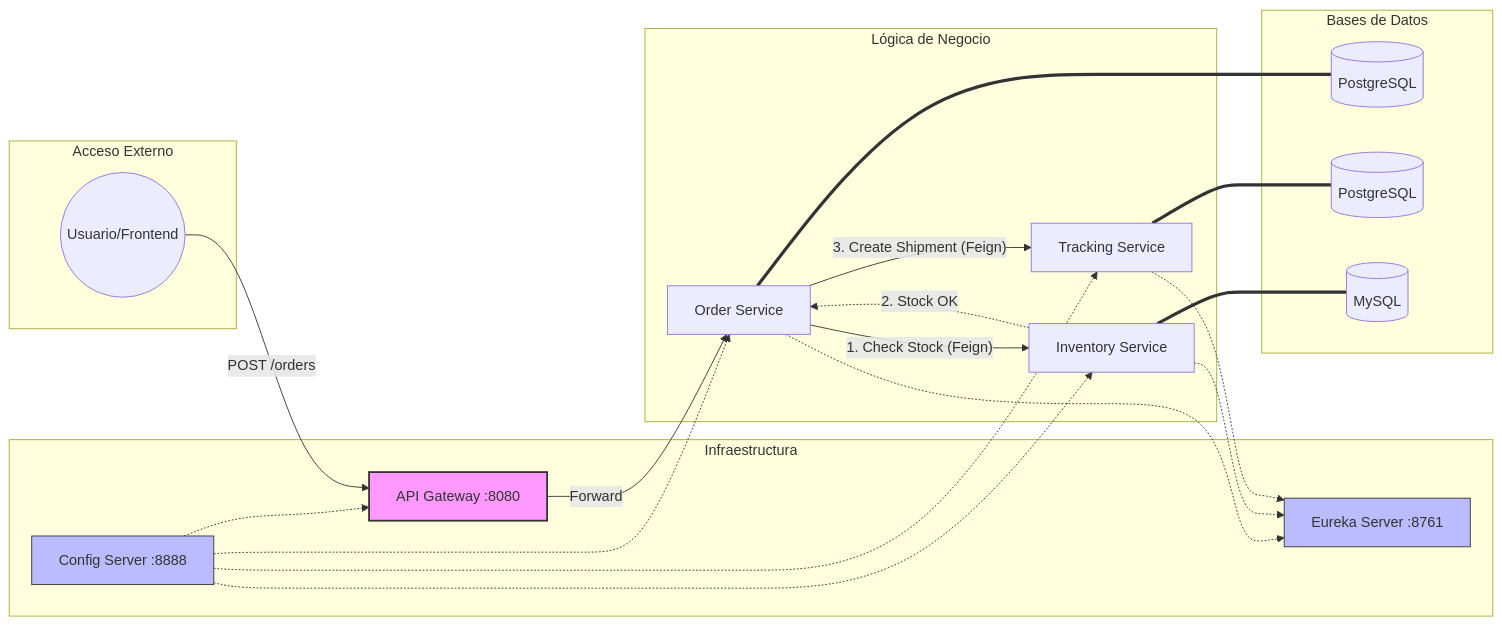
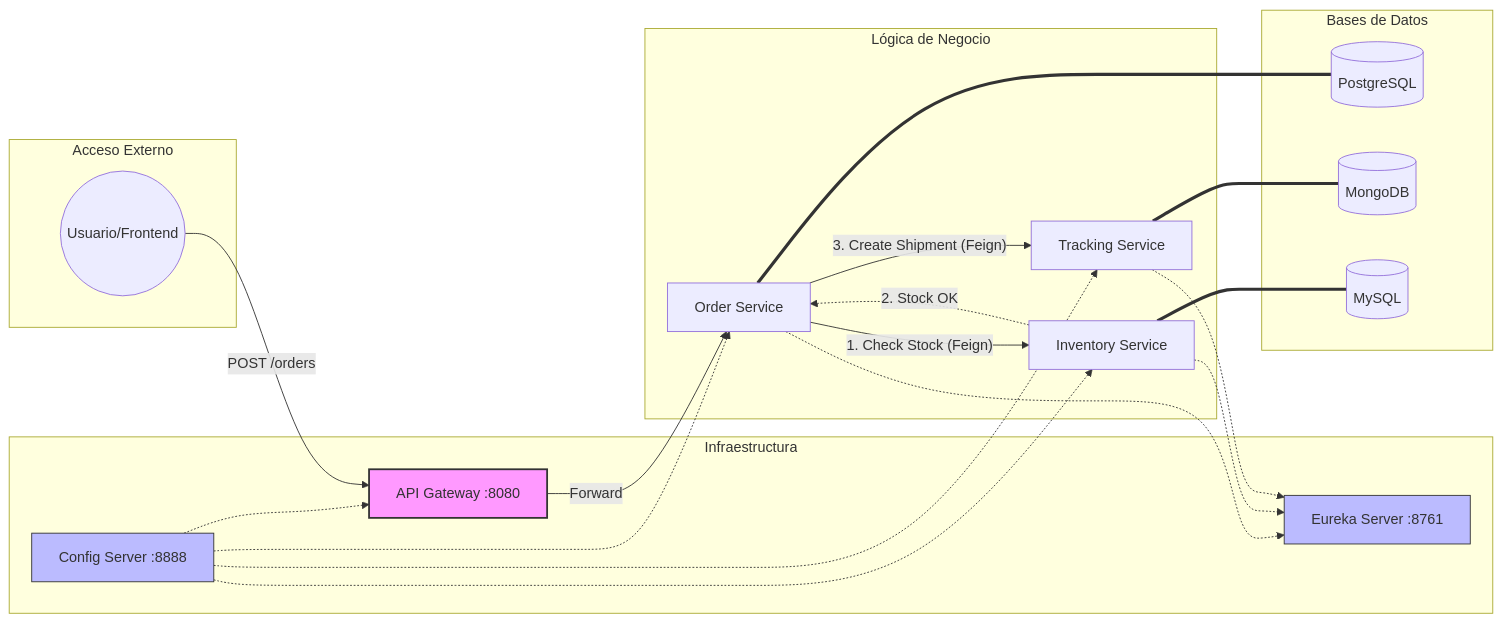
Before and after one commit to kleyner098/StreamLine-Logistics: the diagram in README.md, drawn with Mermaid. The commit also changed other lines of this file, not shown here.

````diff
--- a/README.md
+++ b/README.md
@@ -121,53 +120,53 @@
 ```mermaid
 graph LR;
     subgraph Client_Zone [Acceso Externo]
         User((Usuario/Frontend))
     end
 
     subgraph Infrastructure [Infraestructura]
         Gateway[API Gateway :8080]
         Eureka[Eureka Server :8761]
         Config[Config Server :8888]
     end
 
     subgraph Microservices [Lógica de Negocio]
         Order[Order Service]
         Inventory[Inventory Service]
         Tracking[Tracking Service]
     end
 
     subgraph Persistence [Bases de Datos]
         DB1[(PostgreSQL)]
-        DB3[(PostgreSQL)]
+        DB3[(MongoDB)]
         DB2[(MySQL)]
     end
 
     %% Flujo de Configuración
     Config -.-> Gateway
     Config -.-> Order
     Config -.-> Inventory
     Config -.-> Tracking
 
     %% Registro
     Order -.-> Eureka
     Inventory -.-> Eureka
     Tracking -.-> Eureka
 
     %% Flujo de la Petición
     User -->|POST /orders| Gateway
     Gateway -->|Forward| Order
     
     %% Comunicación Feign
     Order -- "1. Check Stock (Feign)" --> Inventory
     Inventory -. "2. Stock OK" .-> Order
     Order -- "3. Create Shipment (Feign)" --> Tracking
     
     %% Almacenamiento
     Order === DB1
     Inventory === DB2
     Tracking === DB3
 
     style Gateway fill:#f9f,stroke:#333,stroke-width:2px
     style Eureka fill:#bbf,stroke:#333
     style Config fill:#bbf,stroke:#333
 ```
````
